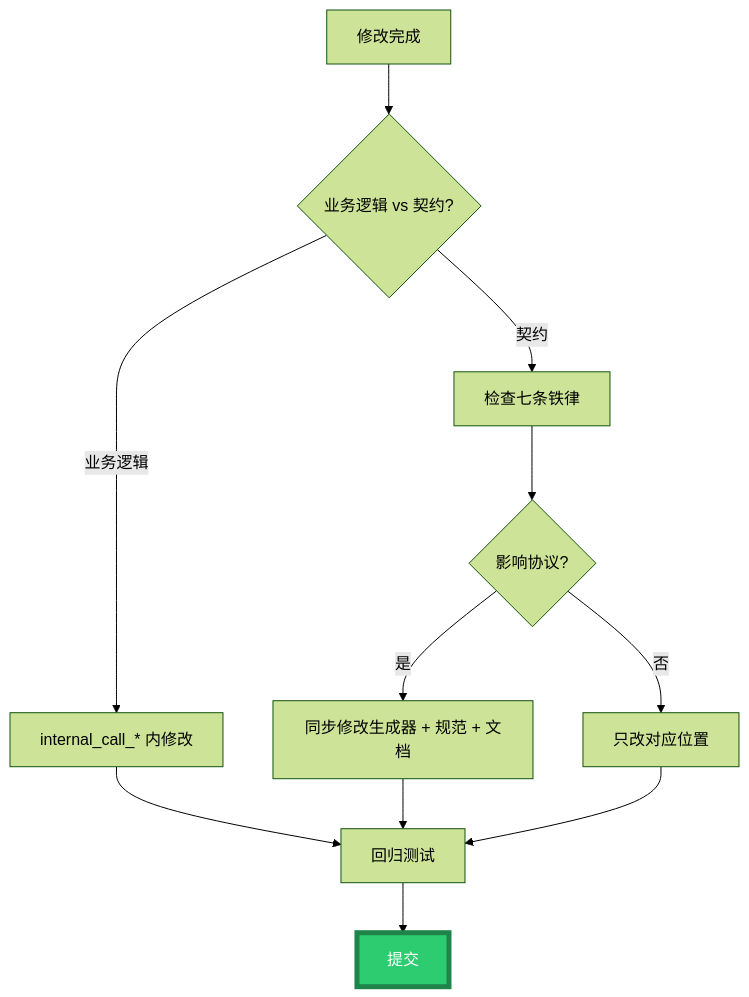
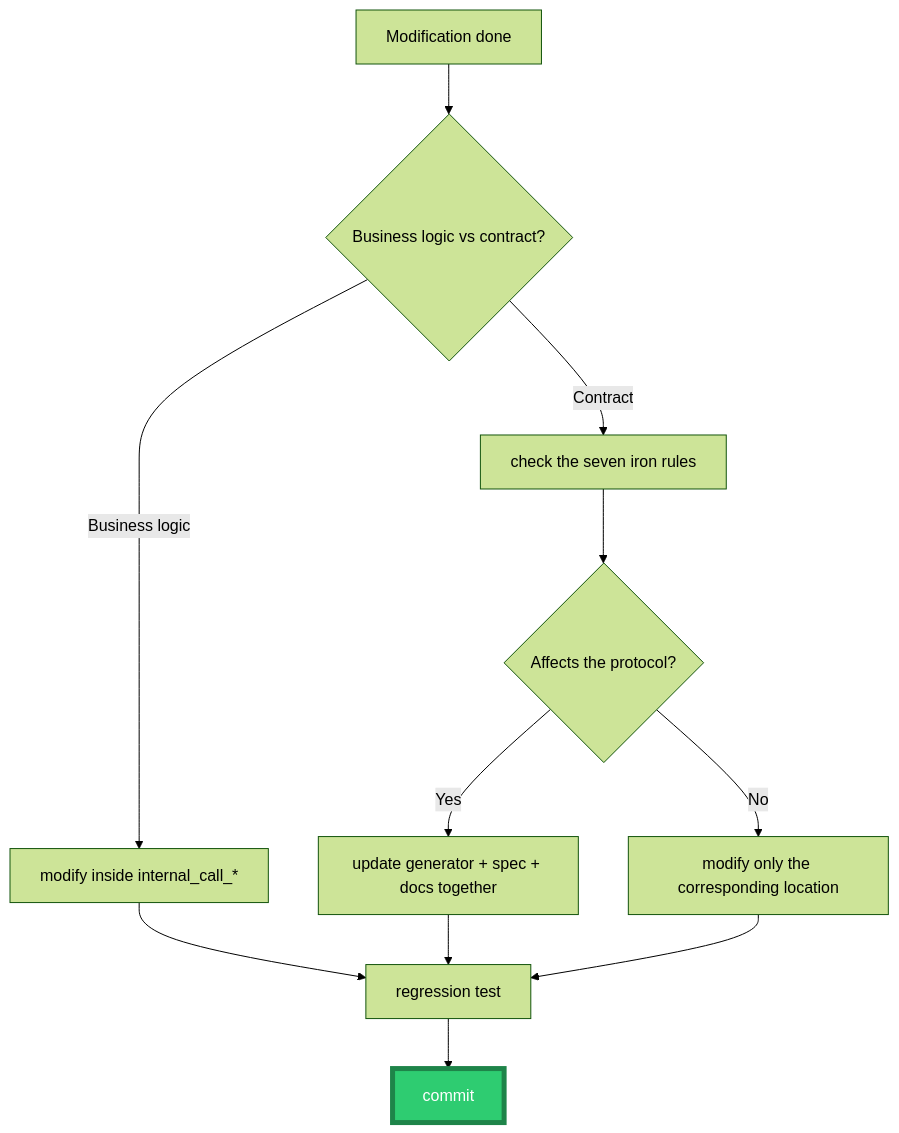
Diagram 13 of 13 in src/pascal_c_to_mcp/MCP_API_Contract.md (PassByYou888/LingoFuse-Tools), drawn with Mermaid (forest theme) before and after one commit. The commit also changed other lines of this file, not shown here.

````diff
--- a/src/pascal_c_to_mcp/MCP_API_Contract.md
+++ b/src/pascal_c_to_mcp/MCP_API_Contract.md
@@ -1955,15 +1955,15 @@
 ```mermaid
 flowchart TD
-    A["修改完成"] --> B{"业务逻辑 vs 契约?"}
-    B -- "业务逻辑" --> C["internal_call_* 内修改"]
-    B -- "契约" --> D["检查七条铁律"]
-    D --> E{"影响协议?"}
-    E -- "是" --> F["同步修改生成器 + 规范 + 文档"]
-    E -- "否" --> G["只改对应位置"]
-    C --> H["回归测试"]
+    A["Modification done"] --> B{"Business logic vs contract?"}
+    B -- "Business logic" --> C["modify inside internal_call_*"]
+    B -- "Contract" --> D["check the seven iron rules"]
+    D --> E{"Affects the protocol?"}
+    E -- "Yes" --> F["update generator + spec + docs together"]
+    E -- "No" --> G["modify only the corresponding location"]
+    C --> H["regression test"]
     F --> H
     G --> H
-    H --> I["提交"]
+    H --> I["commit"]
 
     style I fill:#2ECC71,stroke:#1E8449,stroke-width:5px,color:#FFFFFF
 ```
````
